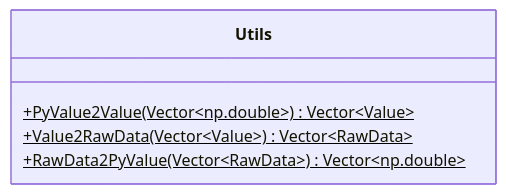
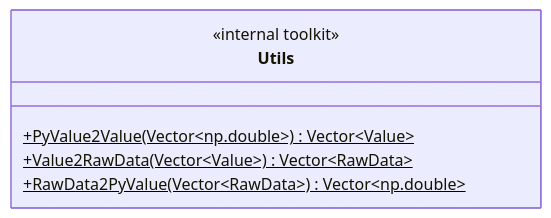
Before and after one commit to primus-labs/Aegis: the third of 7 diagrams in docs/design/binding.md, drawn with Mermaid. The commit also changed other lines of this file, not shown here.

````diff
--- a/docs/design/binding.md
+++ b/docs/design/binding.md
@@ -178,8 +114,9 @@
 ```mermaid {align="center"}
 classDiagram
   class Utils {
+    <<internal toolkit>>
     +PyValue2Value(Vector~np.double~) Vector~Value~$
     +Value2RawData(Vector~Value~) Vector~RawData~$
     +RawData2PyValue(Vector~RawData~) Vector~np.double~$
   }
 ```
````
